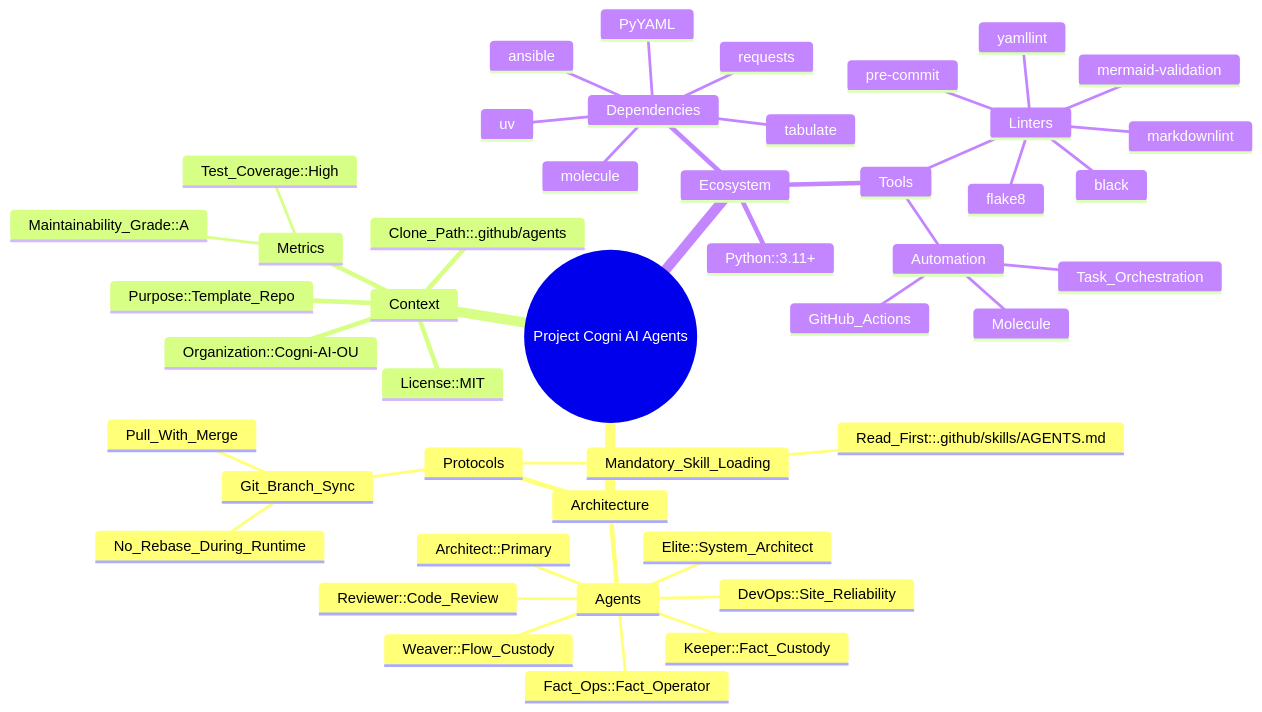
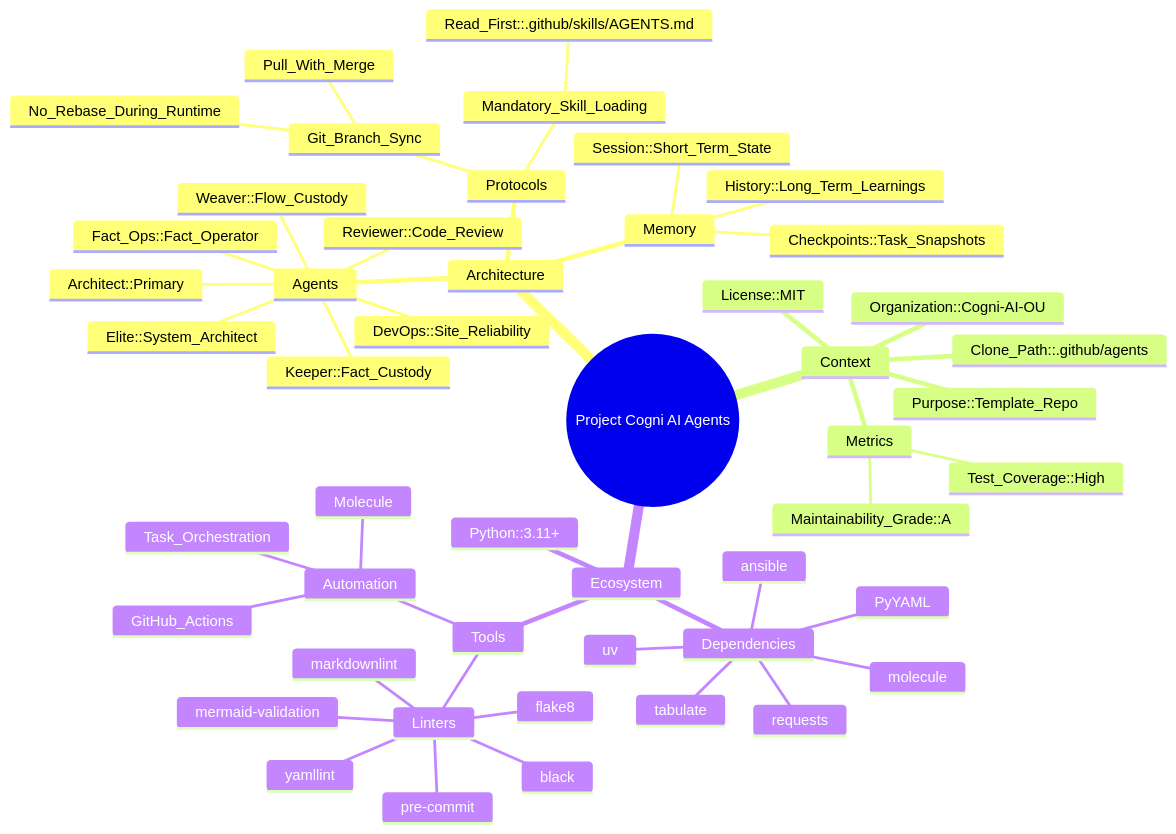
Before and after one commit to Cogni-AI-OU/cogni-ai-agents: the diagram in FACTS.mmd, drawn with Mermaid. The commit also changed 6 other files, not shown here.

```diff
--- a/FACTS.mmd
+++ b/FACTS.mmd
@@ -1,48 +1,52 @@
 %% Project's facts
 %% Note: Keep items in alphabetical order.
 mindmap
   root((Project Cogni AI Agents))
     Architecture
       Agents
         Architect::Primary
         DevOps::Site_Reliability
         Elite::System_Architect
         Fact_Ops::Fact_Operator
         Keeper::Fact_Custody
         Reviewer::Code_Review
         Weaver::Flow_Custody
+      Memory
+        Checkpoints::Task_Snapshots
+        History::Long_Term_Learnings
+        Session::Short_Term_State
       Protocols
         Git_Branch_Sync
           No_Rebase_During_Runtime
           Pull_With_Merge
         Mandatory_Skill_Loading
           Read_First::.github/skills/AGENTS.md
     Context
       Clone_Path::.github/agents
       License::MIT
       Metrics
         Maintainability_Grade::A
         Test_Coverage::High
       Organization::Cogni-AI-OU
       Purpose::Template_Repo
     Ecosystem
       Dependencies
         PyYAML
         ansible
         molecule
         requests
         tabulate
         uv
       Python::3.11+
       Tools
         Automation
           GitHub_Actions
           Molecule
           Task_Orchestration
         Linters
           black
           flake8
           markdownlint
           mermaid-validation
           pre-commit
           yamllint
```
